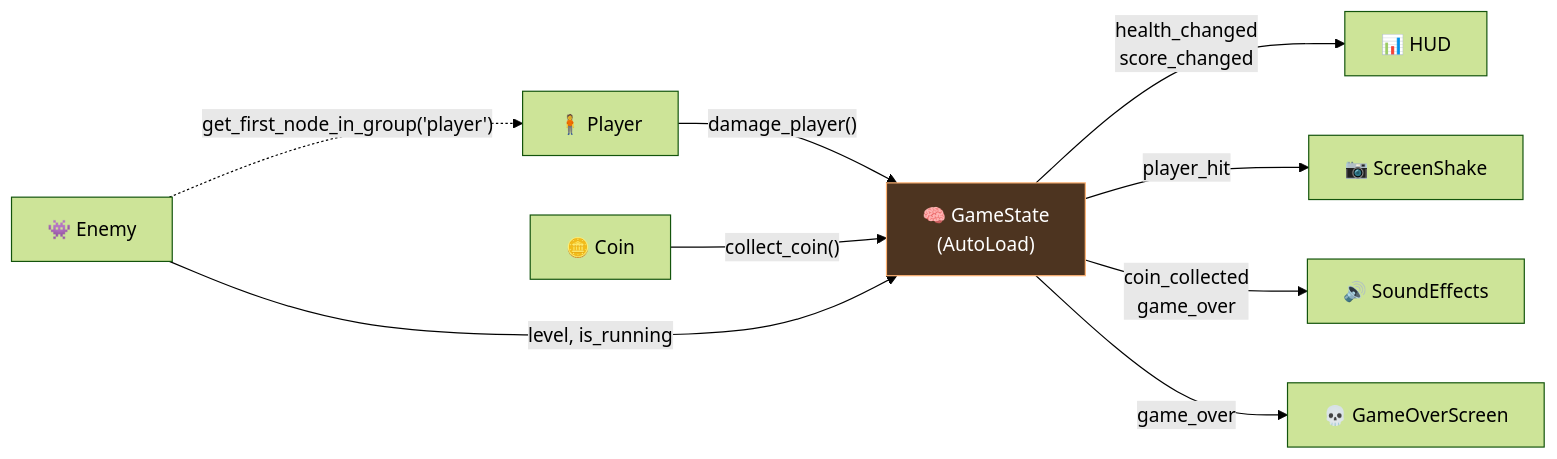
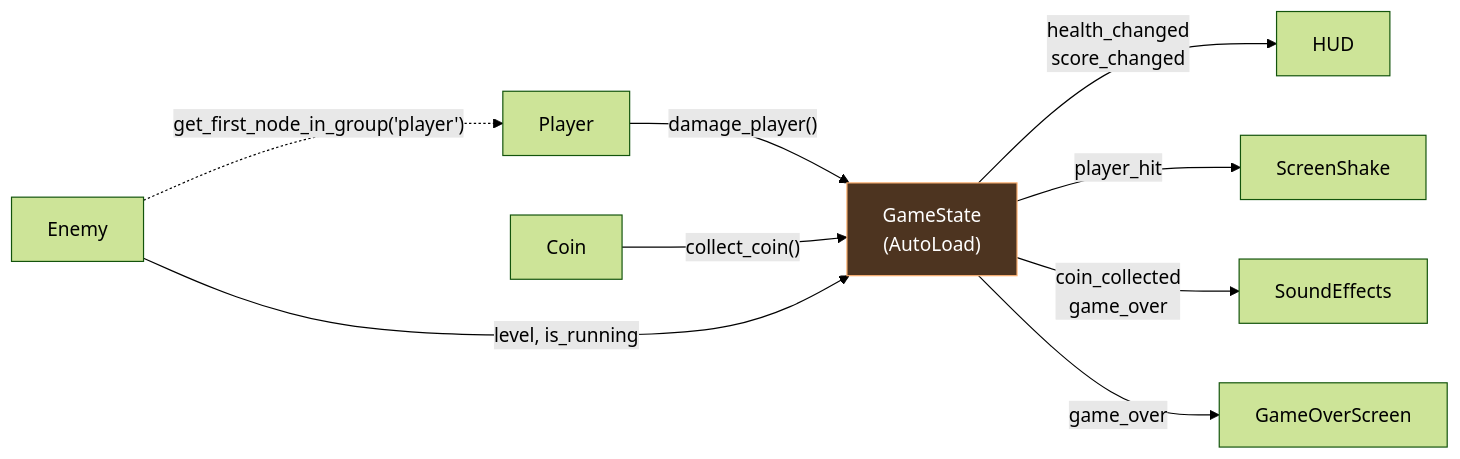
Before and after one commit to joranmarcy/Godot-MEDS-Comparison: the first of 3 diagrams in presentation/slides.md, drawn with Mermaid (forest theme). The commit also changed other lines of this file, not shown here.

````diff
--- a/presentation/slides.md
+++ b/presentation/slides.md
@@ -480,14 +474,14 @@
 ```mermaid
 flowchart LR
-  Player["🧍 Player"] -- "damage_player()" --> GS
-  Coin["🪙 Coin"] -- "collect_coin()" --> GS
-  Enemy["👾 Enemy"] -- "level, is_running" --> GS
+  Player["Player"] -- "damage_player()" --> GS
+  Coin["Coin"] -- "collect_coin()" --> GS
+  Enemy["Enemy"] -- "level, is_running" --> GS
   Enemy -. "get_first_node_in_group('player')" .-> Player
-  GS["🧠 GameState<br/>(AutoLoad)"]
-  GS -- "health_changed<br/>score_changed" --> HUD["📊 HUD"]
-  GS -- "player_hit" --> Shake["📷 ScreenShake"]
-  GS -- "coin_collected<br/>game_over" --> SFX["🔊 SoundEffects"]
-  GS -- "game_over" --> GO["💀 GameOverScreen"]
+  GS["GameState<br/>(AutoLoad)"]
+  GS -- "health_changed<br/>score_changed" --> HUD["HUD"]
+  GS -- "player_hit" --> Shake["ScreenShake"]
+  GS -- "coin_collected<br/>game_over" --> SFX["SoundEffects"]
+  GS -- "game_over" --> GO["GameOverScreen"]
   classDef core fill:#4d3420,stroke:#ffb373,color:#fff
   class GS core
 ```
````
